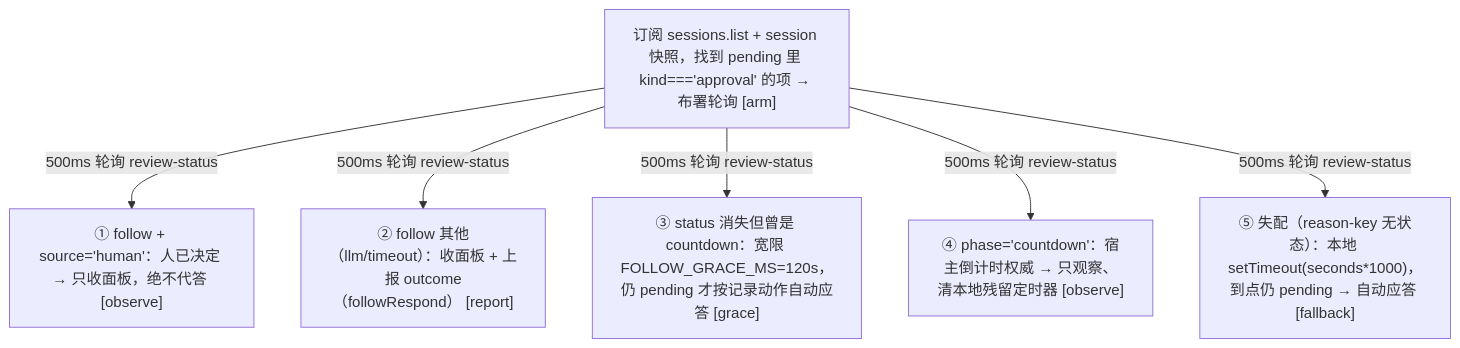
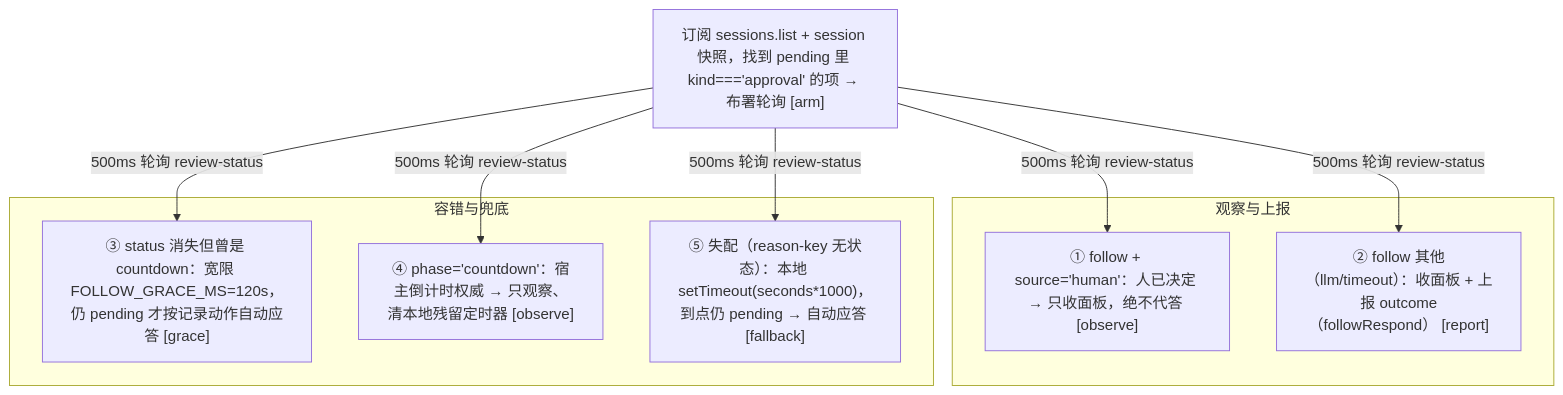
One commit to cuddly-guacamole/dsh-auto-approval-llm changed the diagram in docs/10-client-ui.md. Above: the diagram before and after it, drawn with Mermaid. The commit also changed 5 other files, not shown here.

Commit message:
docs(site): retheme mermaid (panel colors), reflow 10.1 flowchart, drop known-debt note, remove ch16, renumber axioms 17->16

````diff
--- a/docs/10-client-ui.md
+++ b/docs/10-client-ui.md
@@ -23,8 +23,18 @@
 ```mermaid
 flowchart TD
-    A["订阅 sessions.list + session 快照，找到 pending 里 kind==='approval' 的项 → 布署轮询 [arm]"] -->|500ms 轮询 review-status| B1["① follow + source='human'：人已决定 → 只收面板，绝不代答 [observe]"]
+    A["订阅 sessions.list + session 快照，找到 pending 里 kind==='approval' 的项 → 布署轮询 [arm]"]
+    A -->|500ms 轮询 review-status| B1["① follow + source='human'：人已决定 → 只收面板，绝不代答 [observe]"]
     A -->|500ms 轮询 review-status| B2["② follow 其他（llm/timeout）：收面板 + 上报 outcome（followRespond） [report]"]
     A -->|500ms 轮询 review-status| B3["③ status 消失但曾是 countdown：宽限 FOLLOW_GRACE_MS=120s，仍 pending 才按记录动作自动应答 [grace]"]
     A -->|500ms 轮询 review-status| B4["④ phase='countdown'：宿主倒计时权威 → 只观察、清本地残留定时器 [observe]"]
     A -->|500ms 轮询 review-status| B5["⑤ 失配（reason-key 无状态）：本地 setTimeout(seconds*1000)，到点仍 pending → 自动应答 [fallback]"]
+    subgraph GR1["观察与上报"]
+        B1
+        B2
+    end
+    subgraph GR2["容错与兜底"]
+        B3
+        B4
+        B5
+    end
 ```
````
